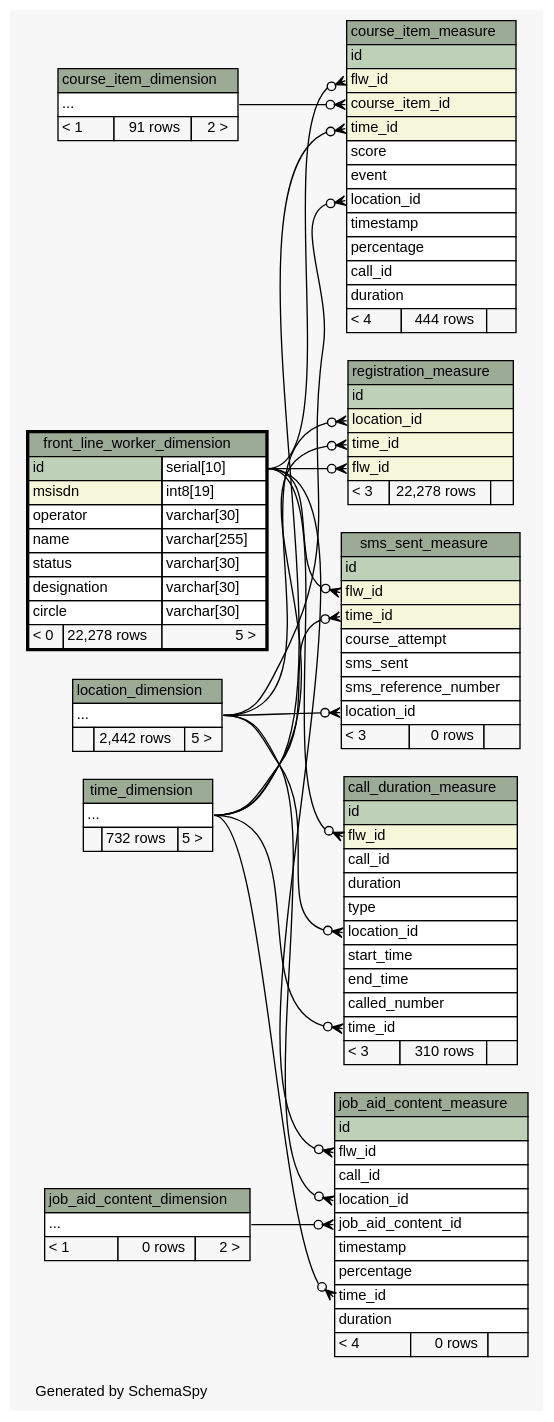
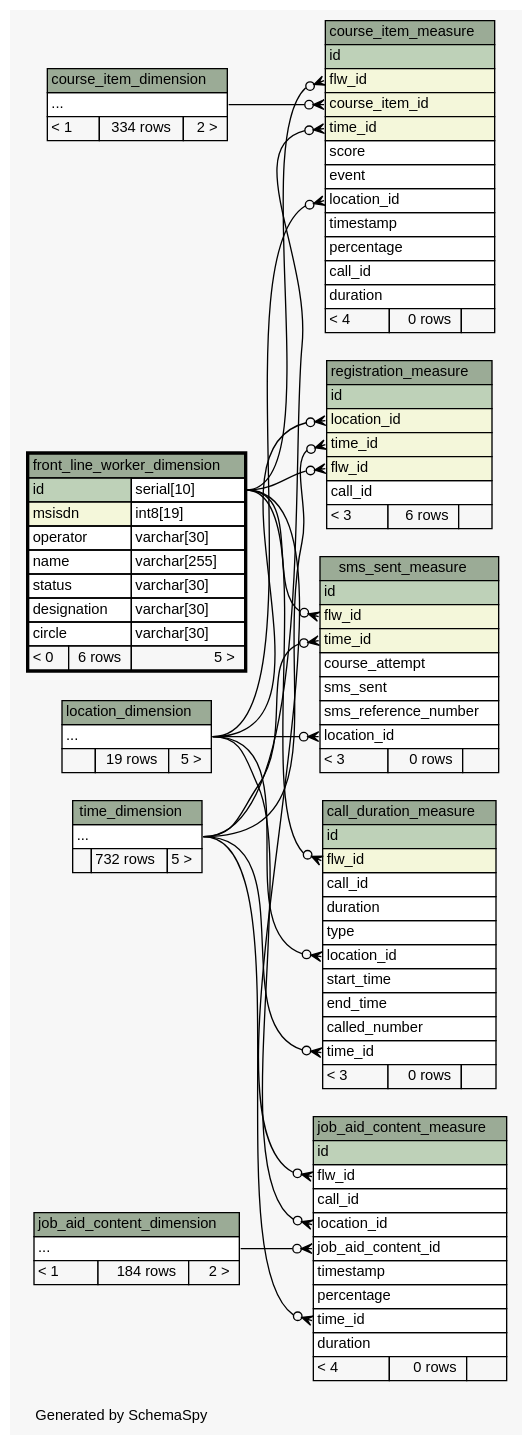
The diagram in ananya-report/build/schemaspy-output/diagrams/front_line_worker_dimension.2degrees.dot (motech/ananya), drawn with Graphviz before and after one commit. The commit also changed 76 other files, not shown here.

```diff
--- a/ananya-report/build/schemaspy-output/diagrams/front_line_worker_dimension.2degrees.dot
+++ b/ananya-report/build/schemaspy-output/diagrams/front_line_worker_dimension.2degrees.dot
@@ -1,181 +1,182 @@
 // dot 2.26.3 on Linux 2.6.38-11-generic-pae
 // SchemaSpy rev 590
 digraph "twoDegreesRelationshipsDiagram" {
   graph [
     rankdir="RL"
     bgcolor="#f7f7f7"
     label="\nGenerated by SchemaSpy"
     labeljust="l"
     nodesep="0.18"
     ranksep="0.46"
     fontname="Helvetica"
     fontsize="11"
   ];
   node [
     fontname="Helvetica"
     fontsize="11"
     shape="plaintext"
   ];
   edge [
     arrowsize="0.8"
   ];
   "call_duration_measure":"flw_id":w -> "front_line_worker_dimension":"id.type":e [arrowhead=none dir=back arrowtail=crowodot];
   "call_duration_measure":"location_id":w -> "location_dimension":"elipses":e [arrowhead=none dir=back arrowtail=crowodot];
   "call_duration_measure":"time_id":w -> "time_dimension":"elipses":e [arrowhead=none dir=back arrowtail=crowodot];
   "course_item_measure":"course_item_id":w -> "course_item_dimension":"elipses":e [arrowhead=none dir=back arrowtail=crowodot];
   "course_item_measure":"flw_id":w -> "front_line_worker_dimension":"id.type":e [arrowhead=none dir=back arrowtail=crowodot];
   "course_item_measure":"location_id":w -> "location_dimension":"elipses":e [arrowhead=none dir=back arrowtail=crowodot];
   "course_item_measure":"time_id":w -> "time_dimension":"elipses":e [arrowhead=none dir=back arrowtail=crowodot];
   "job_aid_content_measure":"flw_id":w -> "front_line_worker_dimension":"id.type":e [arrowhead=none dir=back arrowtail=crowodot];
   "job_aid_content_measure":"job_aid_content_id":w -> "job_aid_content_dimension":"elipses":e [arrowhead=none dir=back arrowtail=crowodot];
   "job_aid_content_measure":"location_id":w -> "location_dimension":"elipses":e [arrowhead=none dir=back arrowtail=crowodot];
   "job_aid_content_measure":"time_id":w -> "time_dimension":"elipses":e [arrowhead=none dir=back arrowtail=crowodot];
   "registration_measure":"flw_id":w -> "front_line_worker_dimension":"id.type":e [arrowhead=none dir=back arrowtail=crowodot];
   "registration_measure":"location_id":w -> "location_dimension":"elipses":e [arrowhead=none dir=back arrowtail=crowodot];
   "registration_measure":"time_id":w -> "time_dimension":"elipses":e [arrowhead=none dir=back arrowtail=crowodot];
   "sms_sent_measure":"flw_id":w -> "front_line_worker_dimension":"id.type":e [arrowhead=none dir=back arrowtail=crowodot];
   "sms_sent_measure":"location_id":w -> "location_dimension":"elipses":e [arrowhead=none dir=back arrowtail=crowodot];
   "sms_sent_measure":"time_id":w -> "time_dimension":"elipses":e [arrowhead=none dir=back arrowtail=crowodot];
   "call_duration_measure" [
     label=<
     <TABLE BORDER="0" CELLBORDER="1" CELLSPACING="0" BGCOLOR="#ffffff">
       <TR><TD COLSPAN="3" BGCOLOR="#9bab96" ALIGN="CENTER">call_duration_measure</TD></TR>
       <TR><TD PORT="id" COLSPAN="3" BGCOLOR="#bed1b8" ALIGN="LEFT">id</TD></TR>
       <TR><TD PORT="flw_id" COLSPAN="3" BGCOLOR="#f4f7da" ALIGN="LEFT">flw_id</TD></TR>
       <TR><TD PORT="call_id" COLSPAN="3" ALIGN="LEFT">call_id</TD></TR>
       <TR><TD PORT="duration" COLSPAN="3" ALIGN="LEFT">duration</TD></TR>
       <TR><TD PORT="type" COLSPAN="3" ALIGN="LEFT">type</TD></TR>
       <TR><TD PORT="location_id" COLSPAN="3" ALIGN="LEFT">location_id</TD></TR>
       <TR><TD PORT="start_time" COLSPAN="3" ALIGN="LEFT">start_time</TD></TR>
       <TR><TD PORT="end_time" COLSPAN="3" ALIGN="LEFT">end_time</TD></TR>
       <TR><TD PORT="called_number" COLSPAN="3" ALIGN="LEFT">called_number</TD></TR>
       <TR><TD PORT="time_id" COLSPAN="3" ALIGN="LEFT">time_id</TD></TR>
-      <TR><TD ALIGN="LEFT" BGCOLOR="#f7f7f7">&lt; 3</TD><TD ALIGN="RIGHT" BGCOLOR="#f7f7f7">310 rows</TD><TD ALIGN="RIGHT" BGCOLOR="#f7f7f7">  </TD></TR>
+      <TR><TD ALIGN="LEFT" BGCOLOR="#f7f7f7">&lt; 3</TD><TD ALIGN="RIGHT" BGCOLOR="#f7f7f7">0 rows</TD><TD ALIGN="RIGHT" BGCOLOR="#f7f7f7">  </TD></TR>
     </TABLE>>
     URL="call_duration_measure.html"
     tooltip="call_duration_measure"
   ];
   "course_item_dimension" [
     label=<
     <TABLE BORDER="0" CELLBORDER="1" CELLSPACING="0" BGCOLOR="#ffffff">
       <TR><TD COLSPAN="3" BGCOLOR="#9bab96" ALIGN="CENTER">course_item_dimension</TD></TR>
       <TR><TD PORT="elipses" COLSPAN="3" ALIGN="LEFT">...</TD></TR>
-      <TR><TD ALIGN="LEFT" BGCOLOR="#f7f7f7">&lt; 1</TD><TD ALIGN="RIGHT" BGCOLOR="#f7f7f7">91 rows</TD><TD ALIGN="RIGHT" BGCOLOR="#f7f7f7">2 &gt;</TD></TR>
+      <TR><TD ALIGN="LEFT" BGCOLOR="#f7f7f7">&lt; 1</TD><TD ALIGN="RIGHT" BGCOLOR="#f7f7f7">334 rows</TD><TD ALIGN="RIGHT" BGCOLOR="#f7f7f7">2 &gt;</TD></TR>
     </TABLE>>
     URL="course_item_dimension.html"
     tooltip="course_item_dimension"
   ];
   "course_item_measure" [
     label=<
     <TABLE BORDER="0" CELLBORDER="1" CELLSPACING="0" BGCOLOR="#ffffff">
       <TR><TD COLSPAN="3" BGCOLOR="#9bab96" ALIGN="CENTER">course_item_measure</TD></TR>
       <TR><TD PORT="id" COLSPAN="3" BGCOLOR="#bed1b8" ALIGN="LEFT">id</TD></TR>
       <TR><TD PORT="flw_id" COLSPAN="3" BGCOLOR="#f4f7da" ALIGN="LEFT">flw_id</TD></TR>
       <TR><TD PORT="course_item_id" COLSPAN="3" BGCOLOR="#f4f7da" ALIGN="LEFT">course_item_id</TD></TR>
       <TR><TD PORT="time_id" COLSPAN="3" BGCOLOR="#f4f7da" ALIGN="LEFT">time_id</TD></TR>
       <TR><TD PORT="score" COLSPAN="3" ALIGN="LEFT">score</TD></TR>
       <TR><TD PORT="event" COLSPAN="3" ALIGN="LEFT">event</TD></TR>
       <TR><TD PORT="location_id" COLSPAN="3" ALIGN="LEFT">location_id</TD></TR>
       <TR><TD PORT="timestamp" COLSPAN="3" ALIGN="LEFT">timestamp</TD></TR>
       <TR><TD PORT="percentage" COLSPAN="3" ALIGN="LEFT">percentage</TD></TR>
       <TR><TD PORT="call_id" COLSPAN="3" ALIGN="LEFT">call_id</TD></TR>
       <TR><TD PORT="duration" COLSPAN="3" ALIGN="LEFT">duration</TD></TR>
-      <TR><TD ALIGN="LEFT" BGCOLOR="#f7f7f7">&lt; 4</TD><TD ALIGN="RIGHT" BGCOLOR="#f7f7f7">444 rows</TD><TD ALIGN="RIGHT" BGCOLOR="#f7f7f7">  </TD></TR>
+      <TR><TD ALIGN="LEFT" BGCOLOR="#f7f7f7">&lt; 4</TD><TD ALIGN="RIGHT" BGCOLOR="#f7f7f7">0 rows</TD><TD ALIGN="RIGHT" BGCOLOR="#f7f7f7">  </TD></TR>
     </TABLE>>
     URL="course_item_measure.html"
     tooltip="course_item_measure"
   ];
   "front_line_worker_dimension" [
     label=<
     <TABLE BORDER="2" CELLBORDER="1" CELLSPACING="0" BGCOLOR="#ffffff">
       <TR><TD COLSPAN="3" BGCOLOR="#9bab96" ALIGN="CENTER">front_line_worker_dimension</TD></TR>
       <TR><TD PORT="id" COLSPAN="2" BGCOLOR="#bed1b8" ALIGN="LEFT">id</TD><TD PORT="id.type" ALIGN="LEFT">serial[10]</TD></TR>
       <TR><TD PORT="msisdn" COLSPAN="2" BGCOLOR="#f4f7da" ALIGN="LEFT">msisdn</TD><TD PORT="msisdn.type" ALIGN="LEFT">int8[19]</TD></TR>
       <TR><TD PORT="operator" COLSPAN="2" ALIGN="LEFT">operator</TD><TD PORT="operator.type" ALIGN="LEFT">varchar[30]</TD></TR>
       <TR><TD PORT="name" COLSPAN="2" ALIGN="LEFT">name</TD><TD PORT="name.type" ALIGN="LEFT">varchar[255]</TD></TR>
       <TR><TD PORT="status" COLSPAN="2" ALIGN="LEFT">status</TD><TD PORT="status.type" ALIGN="LEFT">varchar[30]</TD></TR>
       <TR><TD PORT="designation" COLSPAN="2" ALIGN="LEFT">designation</TD><TD PORT="designation.type" ALIGN="LEFT">varchar[30]</TD></TR>
       <TR><TD PORT="circle" COLSPAN="2" ALIGN="LEFT">circle</TD><TD PORT="circle.type" ALIGN="LEFT">varchar[30]</TD></TR>
-      <TR><TD ALIGN="LEFT" BGCOLOR="#f7f7f7">&lt; 0</TD><TD ALIGN="RIGHT" BGCOLOR="#f7f7f7">22,278 rows</TD><TD ALIGN="RIGHT" BGCOLOR="#f7f7f7">5 &gt;</TD></TR>
+      <TR><TD ALIGN="LEFT" BGCOLOR="#f7f7f7">&lt; 0</TD><TD ALIGN="RIGHT" BGCOLOR="#f7f7f7">6 rows</TD><TD ALIGN="RIGHT" BGCOLOR="#f7f7f7">5 &gt;</TD></TR>
     </TABLE>>
     URL="front_line_worker_dimension.html"
     tooltip="front_line_worker_dimension"
   ];
   "job_aid_content_dimension" [
     label=<
     <TABLE BORDER="0" CELLBORDER="1" CELLSPACING="0" BGCOLOR="#ffffff">
       <TR><TD COLSPAN="3" BGCOLOR="#9bab96" ALIGN="CENTER">job_aid_content_dimension</TD></TR>
       <TR><TD PORT="elipses" COLSPAN="3" ALIGN="LEFT">...</TD></TR>
-      <TR><TD ALIGN="LEFT" BGCOLOR="#f7f7f7">&lt; 1</TD><TD ALIGN="RIGHT" BGCOLOR="#f7f7f7">0 rows</TD><TD ALIGN="RIGHT" BGCOLOR="#f7f7f7">2 &gt;</TD></TR>
+      <TR><TD ALIGN="LEFT" BGCOLOR="#f7f7f7">&lt; 1</TD><TD ALIGN="RIGHT" BGCOLOR="#f7f7f7">184 rows</TD><TD ALIGN="RIGHT" BGCOLOR="#f7f7f7">2 &gt;</TD></TR>
     </TABLE>>
     URL="job_aid_content_dimension.html"
     tooltip="job_aid_content_dimension"
   ];
   "job_aid_content_measure" [
     label=<
     <TABLE BORDER="0" CELLBORDER="1" CELLSPACING="0" BGCOLOR="#ffffff">
       <TR><TD COLSPAN="3" BGCOLOR="#9bab96" ALIGN="CENTER">job_aid_content_measure</TD></TR>
       <TR><TD PORT="id" COLSPAN="3" BGCOLOR="#bed1b8" ALIGN="LEFT">id</TD></TR>
       <TR><TD PORT="flw_id" COLSPAN="3" ALIGN="LEFT">flw_id</TD></TR>
       <TR><TD PORT="call_id" COLSPAN="3" ALIGN="LEFT">call_id</TD></TR>
       <TR><TD PORT="location_id" COLSPAN="3" ALIGN="LEFT">location_id</TD></TR>
       <TR><TD PORT="job_aid_content_id" COLSPAN="3" ALIGN="LEFT">job_aid_content_id</TD></TR>
       <TR><TD PORT="timestamp" COLSPAN="3" ALIGN="LEFT">timestamp</TD></TR>
       <TR><TD PORT="percentage" COLSPAN="3" ALIGN="LEFT">percentage</TD></TR>
       <TR><TD PORT="time_id" COLSPAN="3" ALIGN="LEFT">time_id</TD></TR>
       <TR><TD PORT="duration" COLSPAN="3" ALIGN="LEFT">duration</TD></TR>
       <TR><TD ALIGN="LEFT" BGCOLOR="#f7f7f7">&lt; 4</TD><TD ALIGN="RIGHT" BGCOLOR="#f7f7f7">0 rows</TD><TD ALIGN="RIGHT" BGCOLOR="#f7f7f7">  </TD></TR>
     </TABLE>>
     URL="job_aid_content_measure.html"
     tooltip="job_aid_content_measure"
   ];
   "location_dimension" [
     label=<
     <TABLE BORDER="0" CELLBORDER="1" CELLSPACING="0" BGCOLOR="#ffffff">
       <TR><TD COLSPAN="3" BGCOLOR="#9bab96" ALIGN="CENTER">location_dimension</TD></TR>
       <TR><TD PORT="elipses" COLSPAN="3" ALIGN="LEFT">...</TD></TR>
-      <TR><TD ALIGN="LEFT" BGCOLOR="#f7f7f7">  </TD><TD ALIGN="RIGHT" BGCOLOR="#f7f7f7">2,442 rows</TD><TD ALIGN="RIGHT" BGCOLOR="#f7f7f7">5 &gt;</TD></TR>
+      <TR><TD ALIGN="LEFT" BGCOLOR="#f7f7f7">  </TD><TD ALIGN="RIGHT" BGCOLOR="#f7f7f7">19 rows</TD><TD ALIGN="RIGHT" BGCOLOR="#f7f7f7">5 &gt;</TD></TR>
     </TABLE>>
     URL="location_dimension.html"
     tooltip="location_dimension"
   ];
   "registration_measure" [
     label=<
     <TABLE BORDER="0" CELLBORDER="1" CELLSPACING="0" BGCOLOR="#ffffff">
       <TR><TD COLSPAN="3" BGCOLOR="#9bab96" ALIGN="CENTER">registration_measure</TD></TR>
       <TR><TD PORT="id" COLSPAN="3" BGCOLOR="#bed1b8" ALIGN="LEFT">id</TD></TR>
       <TR><TD PORT="location_id" COLSPAN="3" BGCOLOR="#f4f7da" ALIGN="LEFT">location_id</TD></TR>
       <TR><TD PORT="time_id" COLSPAN="3" BGCOLOR="#f4f7da" ALIGN="LEFT">time_id</TD></TR>
       <TR><TD PORT="flw_id" COLSPAN="3" BGCOLOR="#f4f7da" ALIGN="LEFT">flw_id</TD></TR>
-      <TR><TD ALIGN="LEFT" BGCOLOR="#f7f7f7">&lt; 3</TD><TD ALIGN="RIGHT" BGCOLOR="#f7f7f7">22,278 rows</TD><TD ALIGN="RIGHT" BGCOLOR="#f7f7f7">  </TD></TR>
+      <TR><TD PORT="call_id" COLSPAN="3" ALIGN="LEFT">call_id</TD></TR>
+      <TR><TD ALIGN="LEFT" BGCOLOR="#f7f7f7">&lt; 3</TD><TD ALIGN="RIGHT" BGCOLOR="#f7f7f7">6 rows</TD><TD ALIGN="RIGHT" BGCOLOR="#f7f7f7">  </TD></TR>
     </TABLE>>
     URL="registration_measure.html"
     tooltip="registration_measure"
   ];
   "sms_sent_measure" [
     label=<
     <TABLE BORDER="0" CELLBORDER="1" CELLSPACING="0" BGCOLOR="#ffffff">
       <TR><TD COLSPAN="3" BGCOLOR="#9bab96" ALIGN="CENTER">sms_sent_measure</TD></TR>
       <TR><TD PORT="id" COLSPAN="3" BGCOLOR="#bed1b8" ALIGN="LEFT">id</TD></TR>
       <TR><TD PORT="flw_id" COLSPAN="3" BGCOLOR="#f4f7da" ALIGN="LEFT">flw_id</TD></TR>
       <TR><TD PORT="time_id" COLSPAN="3" BGCOLOR="#f4f7da" ALIGN="LEFT">time_id</TD></TR>
       <TR><TD PORT="course_attempt" COLSPAN="3" ALIGN="LEFT">course_attempt</TD></TR>
       <TR><TD PORT="sms_sent" COLSPAN="3" ALIGN="LEFT">sms_sent</TD></TR>
       <TR><TD PORT="sms_reference_number" COLSPAN="3" ALIGN="LEFT">sms_reference_number</TD></TR>
       <TR><TD PORT="location_id" COLSPAN="3" ALIGN="LEFT">location_id</TD></TR>
       <TR><TD ALIGN="LEFT" BGCOLOR="#f7f7f7">&lt; 3</TD><TD ALIGN="RIGHT" BGCOLOR="#f7f7f7">0 rows</TD><TD ALIGN="RIGHT" BGCOLOR="#f7f7f7">  </TD></TR>
     </TABLE>>
     URL="sms_sent_measure.html"
     tooltip="sms_sent_measure"
   ];
   "time_dimension" [
     label=<
     <TABLE BORDER="0" CELLBORDER="1" CELLSPACING="0" BGCOLOR="#ffffff">
       <TR><TD COLSPAN="3" BGCOLOR="#9bab96" ALIGN="CENTER">time_dimension</TD></TR>
       <TR><TD PORT="elipses" COLSPAN="3" ALIGN="LEFT">...</TD></TR>
       <TR><TD ALIGN="LEFT" BGCOLOR="#f7f7f7">  </TD><TD ALIGN="RIGHT" BGCOLOR="#f7f7f7">732 rows</TD><TD ALIGN="RIGHT" BGCOLOR="#f7f7f7">5 &gt;</TD></TR>
     </TABLE>>
     URL="time_dimension.html"
     tooltip="time_dimension"
   ];
 }
```
